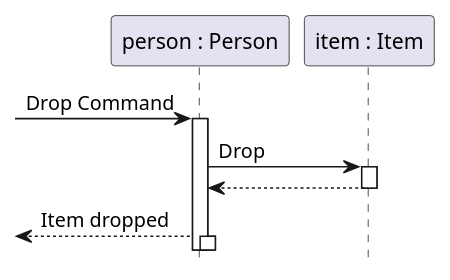
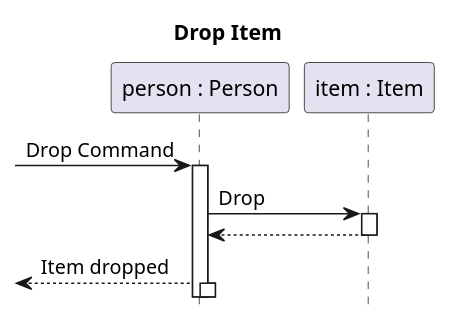
The diagram in docs/diagrams/sequence/drop_item.puml (sn4k3ch4rm3r/logarlec), drawn with PlantUML before and after one commit. The commit also changed 8 other files, not shown here.

Commit message:
Added title to the diagrams

```diff
--- a/docs/diagrams/sequence/drop_item.puml
+++ b/docs/diagrams/sequence/drop_item.puml
@@ -1,14 +1,14 @@
 @startuml drop_item_sequence
+title Drop Item
 hide footbox
-
 participant "person : Person" as per
 participant "item : Item" as item
 
 [-> per ++: Drop Command
 
 per -> item ++: Drop
 item --> per --: 
 
 <-- per ++ : Item dropped
 
 @enduml
```
